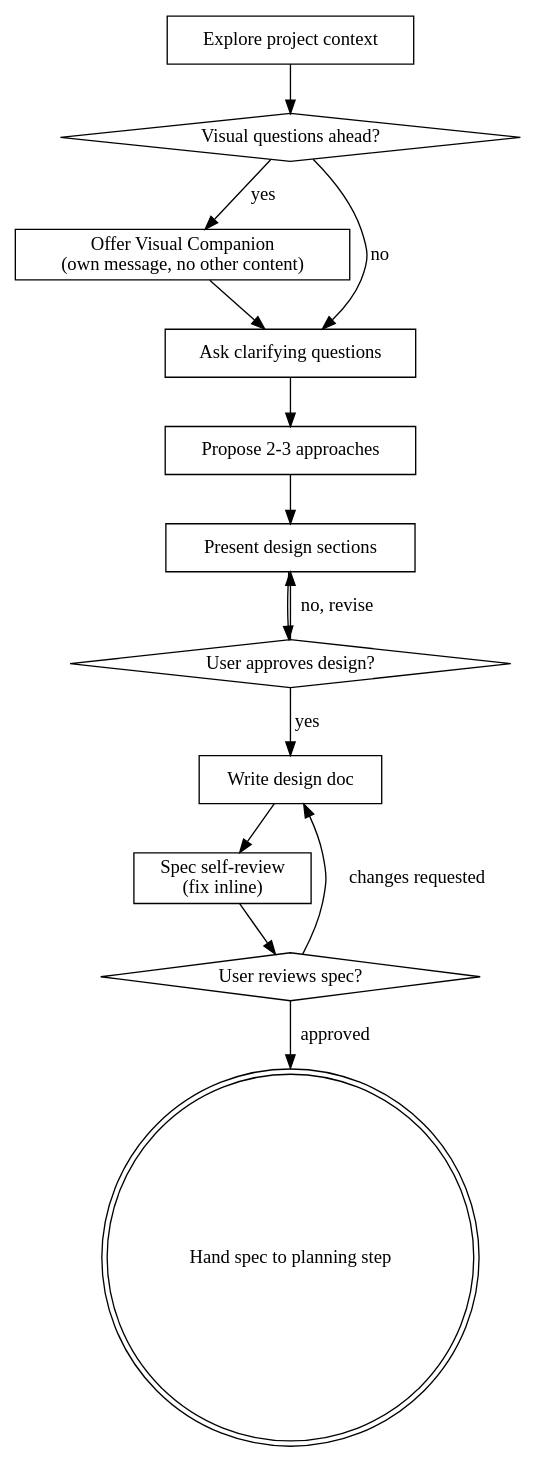
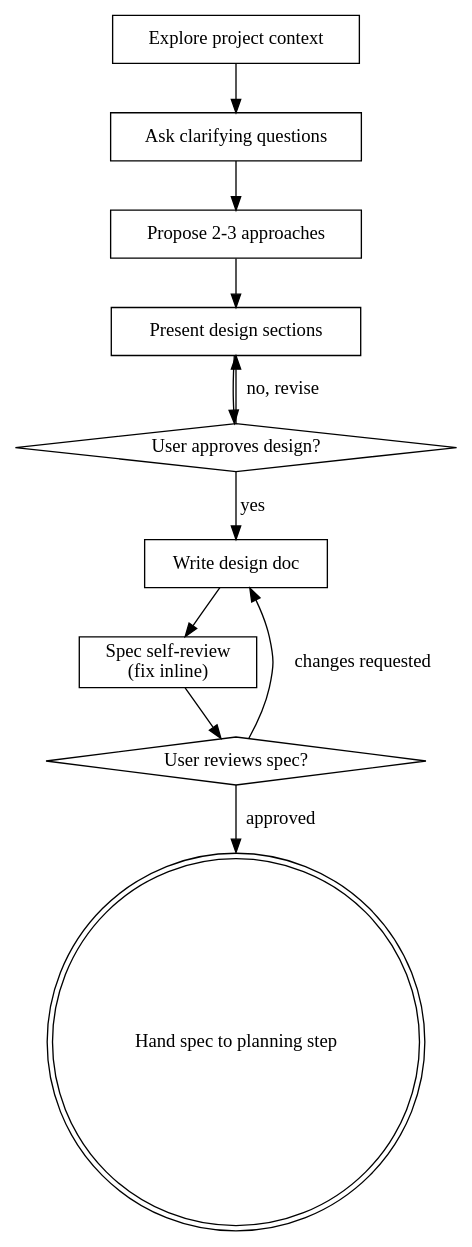
Before and after one commit to vdsmon/skills: the diagram in plugins/brainstorming/skills/brainstorming/SKILL.md, drawn with Graphviz. The commit also changed other lines of this file and 7 other files, not shown here.

First line of the commit message:
refactor(brainstorming): drop the visual companion and the unused reviewer prompt

````diff
--- a/plugins/brainstorming/skills/brainstorming/SKILL.md
+++ b/plugins/brainstorming/skills/brainstorming/SKILL.md
@@ -37,29 +36,24 @@
 ```dot
 digraph brainstorming {
     "Explore project context" [shape=box];
-    "Visual questions ahead?" [shape=diamond];
-    "Offer Visual Companion\n(own message, no other content)" [shape=box];
     "Ask clarifying questions" [shape=box];
     "Propose 2-3 approaches" [shape=box];
     "Present design sections" [shape=box];
     "User approves design?" [shape=diamond];
     "Write design doc" [shape=box];
     "Spec self-review\n(fix inline)" [shape=box];
     "User reviews spec?" [shape=diamond];
     "Hand spec to planning step" [shape=doublecircle];
 
-    "Explore project context" -> "Visual questions ahead?";
-    "Visual questions ahead?" -> "Offer Visual Companion\n(own message, no other content)" [label="yes"];
-    "Visual questions ahead?" -> "Ask clarifying questions" [label="no"];
-    "Offer Visual Companion\n(own message, no other content)" -> "Ask clarifying questions";
+    "Explore project context" -> "Ask clarifying questions";
     "Ask clarifying questions" -> "Propose 2-3 approaches";
     "Propose 2-3 approaches" -> "Present design sections";
     "Present design sections" -> "User approves design?";
     "User approves design?" -> "Present design sections" [label="no, revise"];
     "User approves design?" -> "Write design doc" [label="yes"];
     "Write design doc" -> "Spec self-review\n(fix inline)";
     "Spec self-review\n(fix inline)" -> "User reviews spec?";
     "User reviews spec?" -> "Write design doc" [label="changes requested"];
     "User reviews spec?" -> "Hand spec to planning step" [label="approved"];
 }
 ```
````
